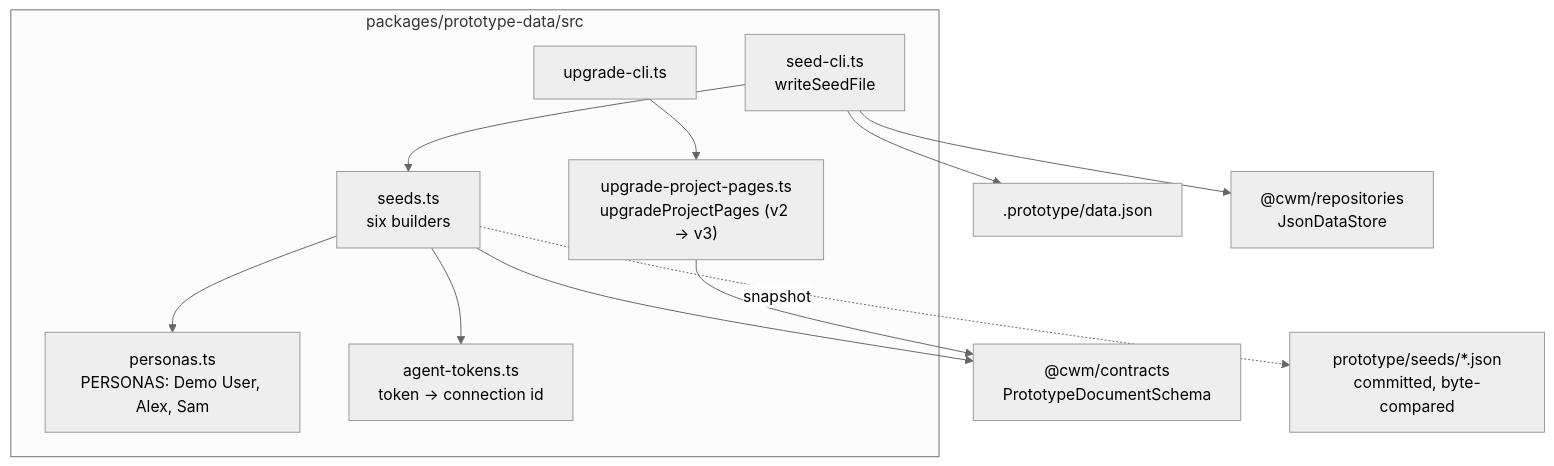
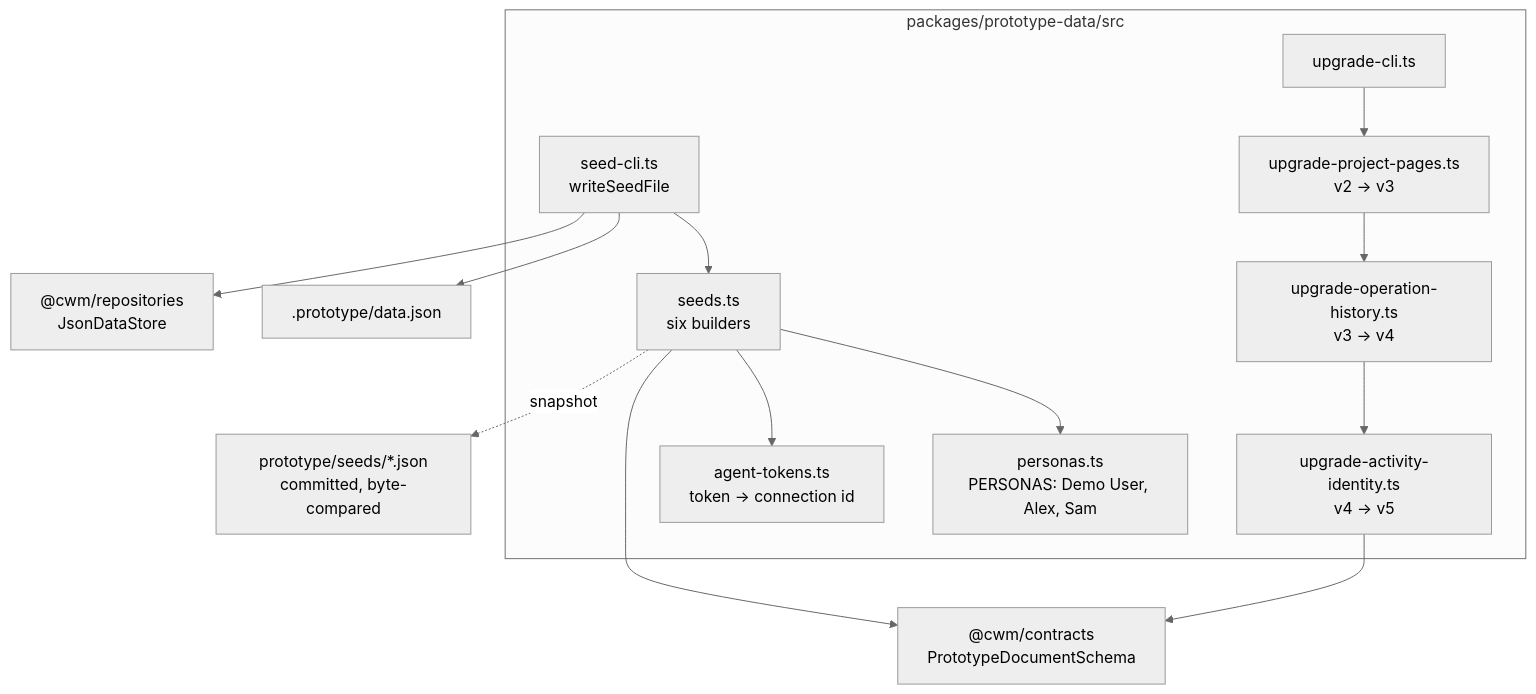
The diagram in docs/architecture/prototype-data/what.md (CalciteDragon/Canvas-work-manager-prototype), drawn with Mermaid (neutral theme) before and after one commit. The commit also changed other lines of this file and 143 other files, not shown here.

````diff
--- a/docs/architecture/prototype-data/what.md
+++ b/docs/architecture/prototype-data/what.md
@@ -5,24 +5,26 @@
 ```mermaid
 flowchart TB
   subgraph src["packages/prototype-data/src"]
     personas["personas.ts<br/>PERSONAS: Demo User, Alex, Sam"]
     tokens["agent-tokens.ts<br/>token → connection id"]
     seeds["seeds.ts<br/>six builders"]
     seedcli["seed-cli.ts<br/>writeSeedFile"]
-    upgrade["upgrade-project-pages.ts<br/>upgradeProjectPages (v2 → v3)"]
+    upgrade3["upgrade-project-pages.ts<br/>v2 → v3"]
+    upgrade4["upgrade-operation-history.ts<br/>v3 → v4"]
+    upgrade5["upgrade-activity-identity.ts<br/>v4 → v5"]
     upcli["upgrade-cli.ts"]
   end
   contracts["@cwm/contracts<br/>PrototypeDocumentSchema"]
   snapshots["prototype/seeds/*.json<br/>committed, byte-compared"]
   data[".prototype/data.json"]
   store["@cwm/repositories<br/>JsonDataStore"]
   seeds --> personas
   seeds --> tokens
   seeds --> contracts
   seedcli --> seeds
   seedcli --> data
   seedcli --> store
-  upcli --> upgrade
-  upgrade --> contracts
+  upcli --> upgrade3 --> upgrade4 --> upgrade5
+  upgrade5 --> contracts
   seeds -. "snapshot" .-> snapshots
 ```
````
